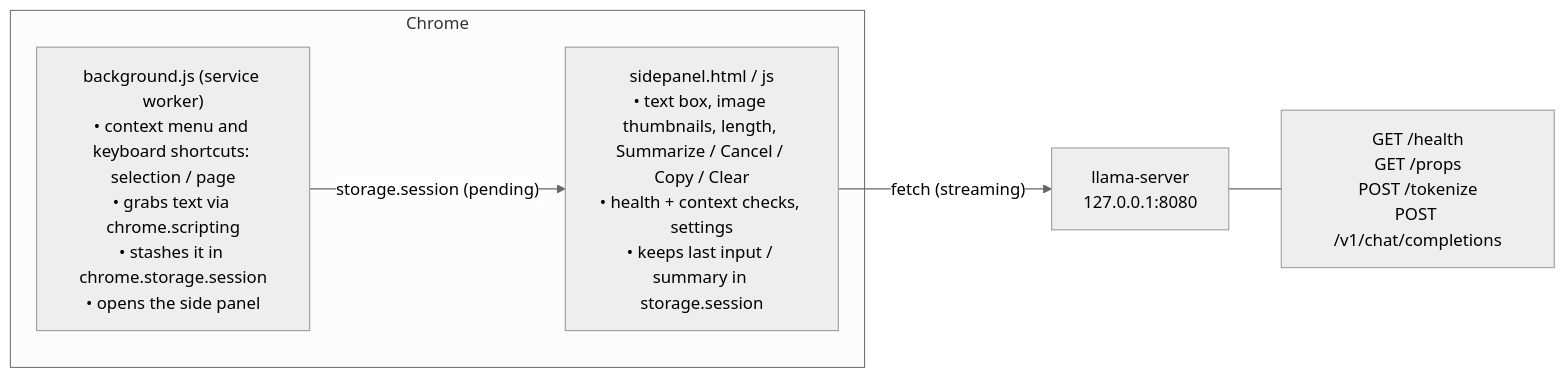
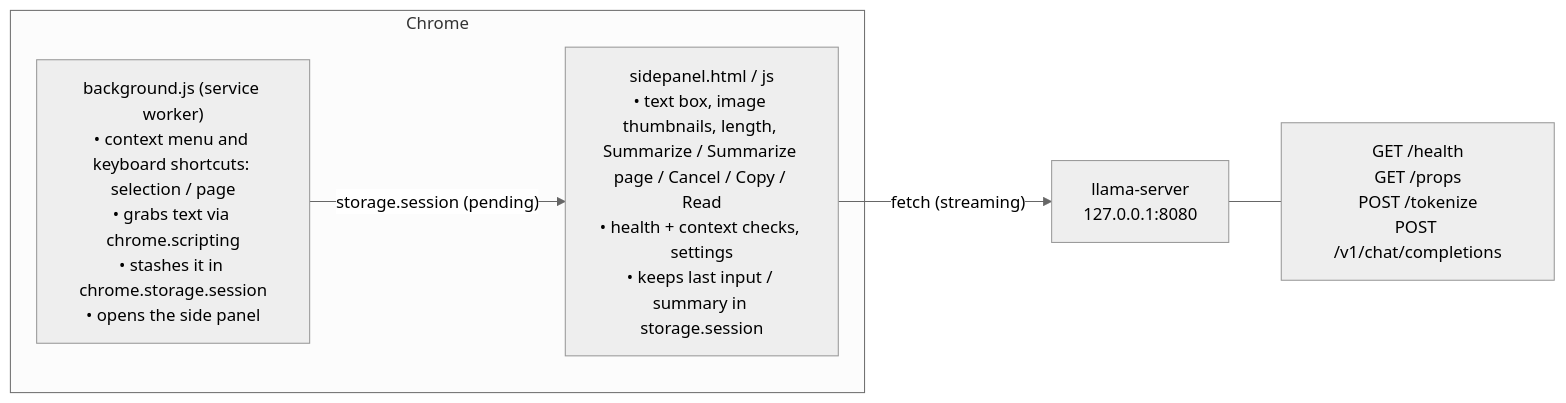
One commit to SeanLangre/quick-summarize changed the first of 3 diagrams in README.md. Above: the diagram before and after it, drawn with Mermaid (neutral theme). The commit also changed other lines of this file and 9 other files, not shown here.

````diff
--- a/README.md
+++ b/README.md
@@ -69,10 +69,10 @@
 ```mermaid
 flowchart LR
     subgraph Chrome
         BG["background.js (service worker)<br/>• context menu and keyboard shortcuts: selection / page<br/>• grabs text via chrome.scripting<br/>• stashes it in chrome.storage.session<br/>• opens the side panel"]
-        SP["sidepanel.html / js<br/>• text box, image thumbnails, length, Summarize / Cancel / Copy / Clear<br/>• health + context checks, settings<br/>• keeps last input / summary in storage.session"]
+        SP["sidepanel.html / js<br/>• text box, image thumbnails, length, Summarize / Summarize page / Cancel / Copy / Read<br/>• health + context checks, settings<br/>• keeps last input / summary in storage.session"]
         BG -- "storage.session (pending)" --> SP
     end
     SP -- "fetch (streaming)" --> LS["llama-server<br/>127.0.0.1:8080"]
     LS --- E["GET /health<br/>GET /props<br/>POST /tokenize<br/>POST /v1/chat/completions"]
 ```
````
